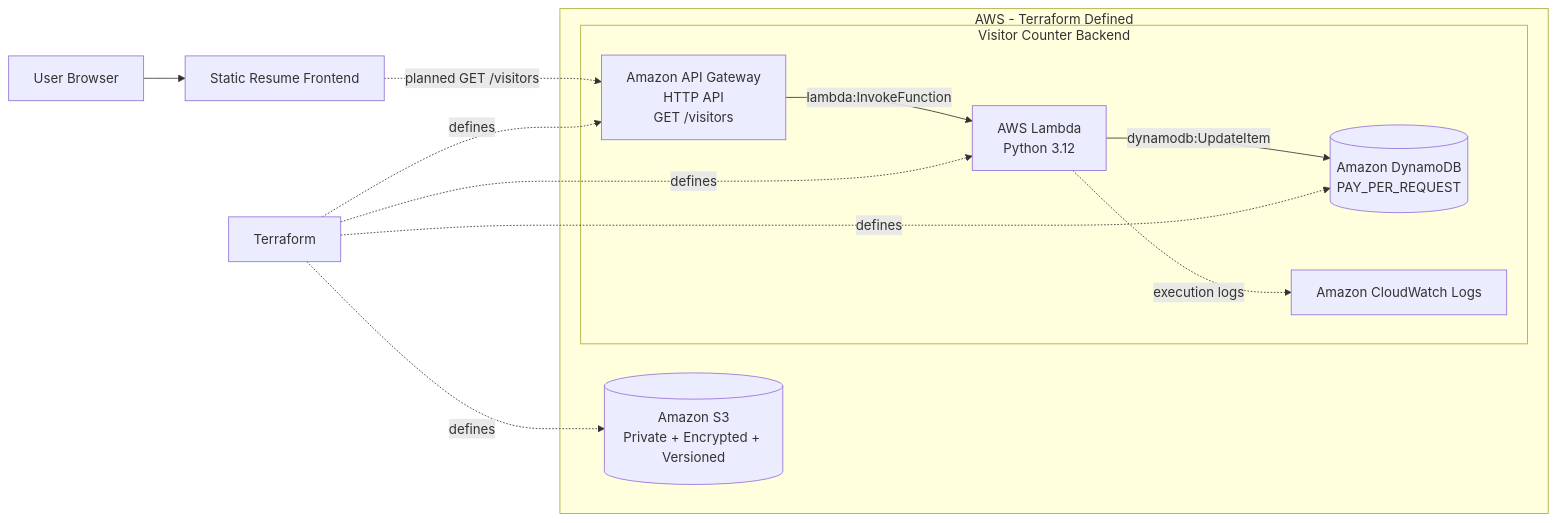
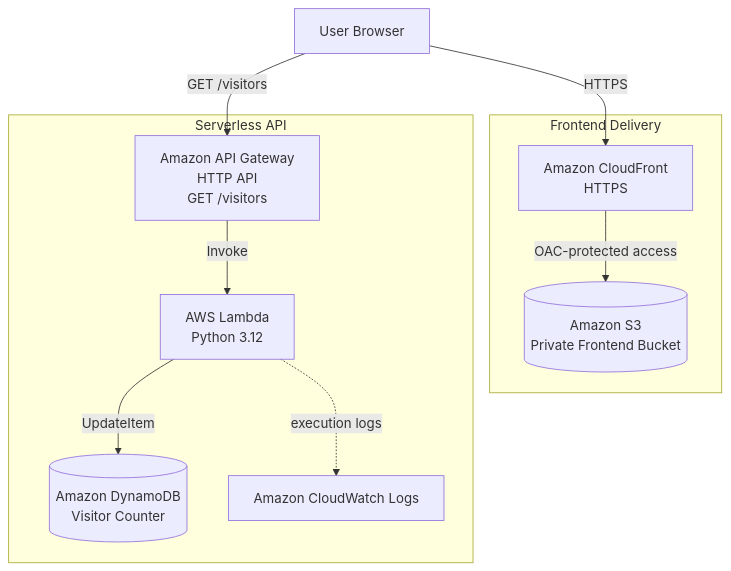
Before and after one commit to bilge26/cloud-resume-platform: the first of 8 diagrams in docs/architecture.md, drawn with Mermaid. The commit also changed other lines of this file and 5 other files, not shown here.

````diff
--- a/docs/architecture.md
+++ b/docs/architecture.md
@@ -7,27 +7,24 @@
 ```mermaid
-flowchart LR
-    Browser[User Browser]
-    Frontend[Static Resume Frontend]
+flowchart TB
+    User[User Browser]
 
-    subgraph AWS[AWS - Terraform Defined]
-        S3[(Amazon S3<br/>Private + Encrypted + Versioned)]
-
-        subgraph Backend[Visitor Counter Backend]
-            APIGW[Amazon API Gateway<br/>HTTP API<br/>GET /visitors]
-            Lambda[AWS Lambda<br/>Python 3.12]
-            DDB[(Amazon DynamoDB<br/>PAY_PER_REQUEST)]
-            Logs[Amazon CloudWatch Logs]
-        end
+    subgraph FrontendDelivery[Frontend Delivery]
+        CF[Amazon CloudFront<br/>HTTPS]
+        S3[(Amazon S3<br/>Private Frontend Bucket)]
     end
 
-    Browser --> Frontend
-    Frontend -. planned GET /visitors .-> APIGW
-    APIGW -->|lambda:InvokeFunction| Lambda
-    Lambda -->|dynamodb:UpdateItem| DDB
+    subgraph ServerlessAPI[Serverless API]
+        APIGW[Amazon API Gateway<br/>HTTP API<br/>GET /visitors]
+        Lambda[AWS Lambda<br/>Python 3.12]
+        DDB[(Amazon DynamoDB<br/>Visitor Counter)]
+        Logs[Amazon CloudWatch Logs]
+    end
+
+    User -->|HTTPS| CF
+    CF -->|OAC-protected access| S3
+
+    User -->|GET /visitors| APIGW
+    APIGW -->|Invoke| Lambda
+    Lambda -->|UpdateItem| DDB
     Lambda -. execution logs .-> Logs
-
-    Terraform[Terraform] -. defines .-> S3
-    Terraform -. defines .-> APIGW
-    Terraform -. defines .-> Lambda
-    Terraform -. defines .-> DDB
 ```
````
